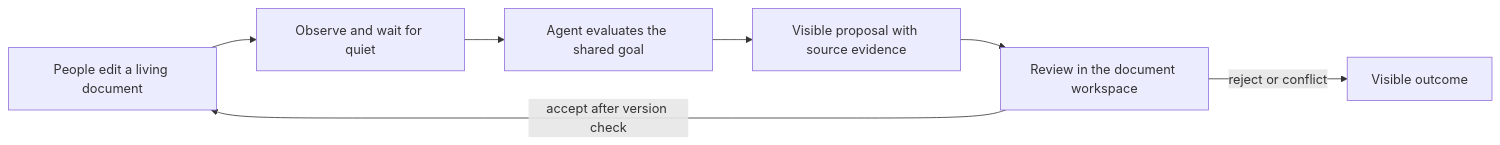
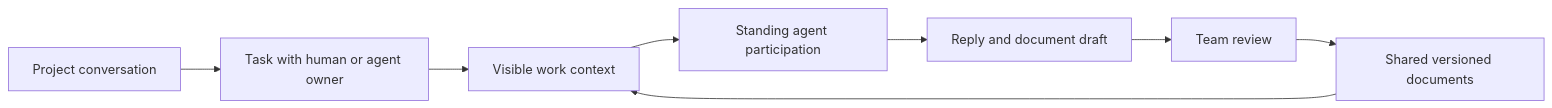
Before and after one commit to huapohen/active-agent: the diagram in README.md, drawn with Mermaid. The commit also changed other lines of this file and 155 other files, not shown here.

````diff
--- a/README.md
+++ b/README.md
@@ -25,9 +23,10 @@
 ```mermaid
 flowchart LR
-    H[People edit a living document] --> O[Observe and wait for quiet]
-    O --> A[Agent evaluates the shared goal]
-    A --> P[Visible proposal with source evidence]
-    P --> R[Review in the document workspace]
-    R -->|accept after version check| H
-    R -->|reject or conflict| D[Visible outcome]
+    R[Project conversation] --> T[Task with human or agent owner]
+    D[Shared versioned documents] --> C[Visible work context]
+    T --> C
+    C --> A[Standing agent participation]
+    A --> O[Reply and document draft]
+    O --> V[Team review]
+    V --> D
 ```
````
